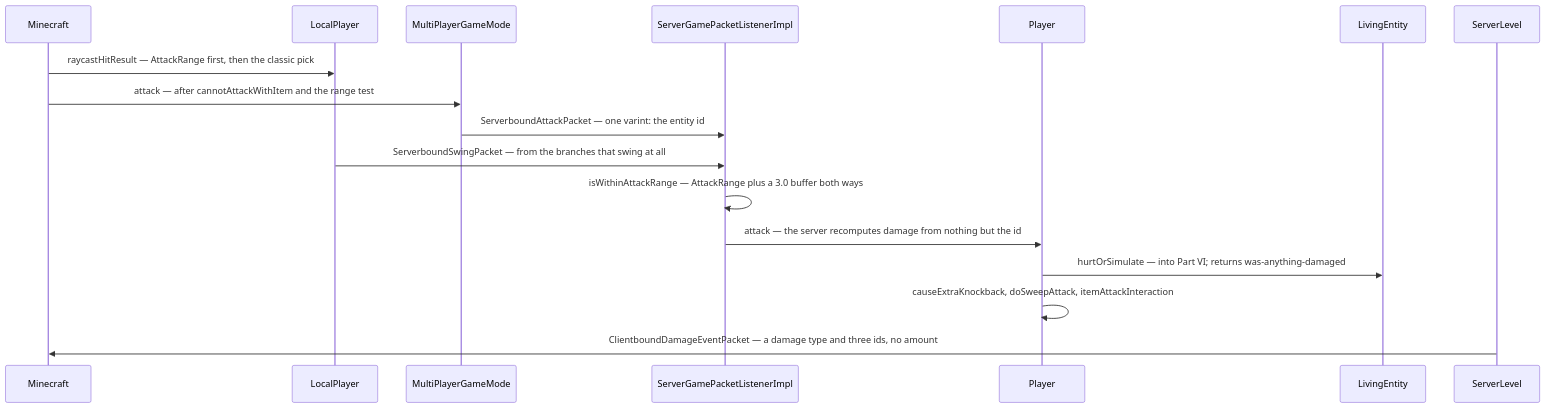
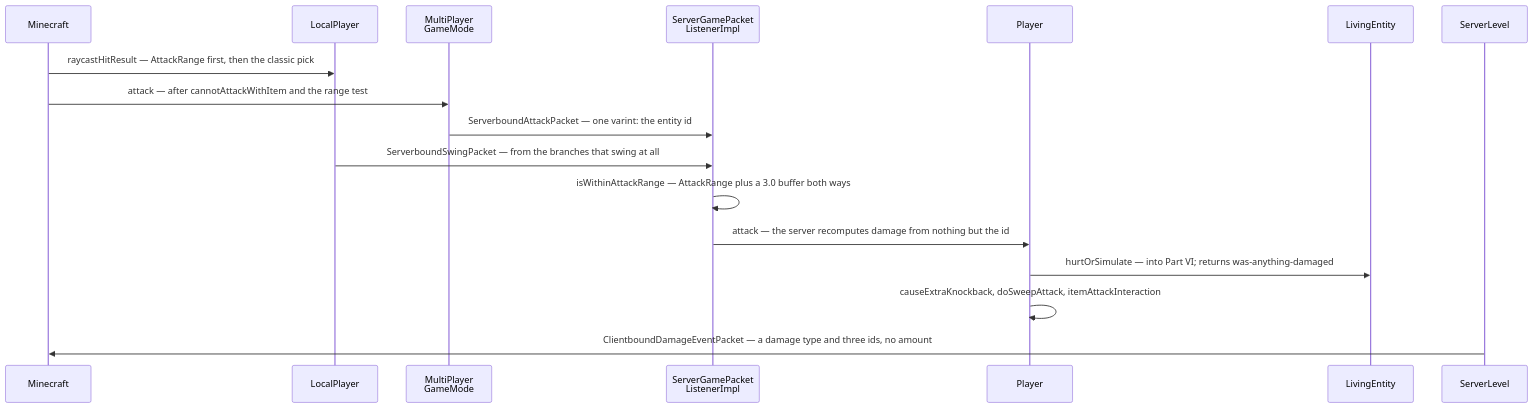
Before and after one commit to AlexanderjFraser/MinecraftDocs: the first of 2 diagrams in src/systems/player/the-sword-swing.md, drawn with Mermaid. The commit also changed 68 other files, not shown here.

````diff
--- a/src/systems/player/the-sword-swing.md
+++ b/src/systems/player/the-sword-swing.md
@@ -108,20 +108,20 @@
 ```mermaid
 sequenceDiagram
     participant MC as Minecraft
     participant LP as LocalPlayer
-    participant MPGM as MultiPlayerGameMode
-    participant SGPL as ServerGamePacketListenerImpl
+    participant MPGM as MultiPlayer<br/>GameMode
+    participant SGPL as ServerGamePacket<br/>ListenerImpl
     participant Player as Player
     participant LE as LivingEntity
     participant SL as ServerLevel
 
     MC->>LP: raycastHitResult — AttackRange first, then the classic pick
     MC->>MPGM: attack — after cannotAttackWithItem and the range test
     MPGM->>SGPL: ServerboundAttackPacket — one varint: the entity id
     LP->>SGPL: ServerboundSwingPacket — from the branches that swing at all
     SGPL->>SGPL: isWithinAttackRange — AttackRange plus a 3.0 buffer both ways
     SGPL->>Player: attack — the server recomputes damage from nothing but the id
     Player->>LE: hurtOrSimulate — into Part VI#59; returns was-anything-damaged
     Player->>Player: causeExtraKnockback, doSweepAttack, itemAttackInteraction
     SL->>MC: ClientboundDamageEventPacket — a damage type and three ids, no amount
 ```
````
